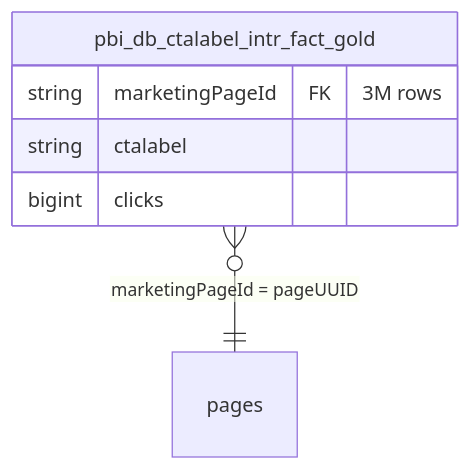
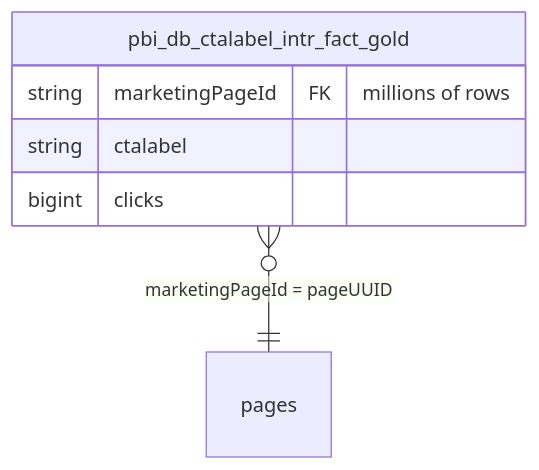
Before and after one commit to dallmi/Databricks: the second of 2 diagrams in docs/diagrams/er_sharepoint_gold.md, drawn with Mermaid. The commit also changed other lines of this file and 87 other files, not shown here.

````diff
--- a/docs/diagrams/er_sharepoint_gold.md
+++ b/docs/diagrams/er_sharepoint_gold.md
@@ -136,10 +136,10 @@
 ```mermaid
 erDiagram
     pbi_db_ctalabel_intr_fact_gold }o--|| pages : "marketingPageId = pageUUID"
 
     pbi_db_ctalabel_intr_fact_gold {
-        string marketingPageId FK "3M rows"
+        string marketingPageId FK "millions of rows"
         string ctalabel
         bigint clicks
     }
 ```
````
